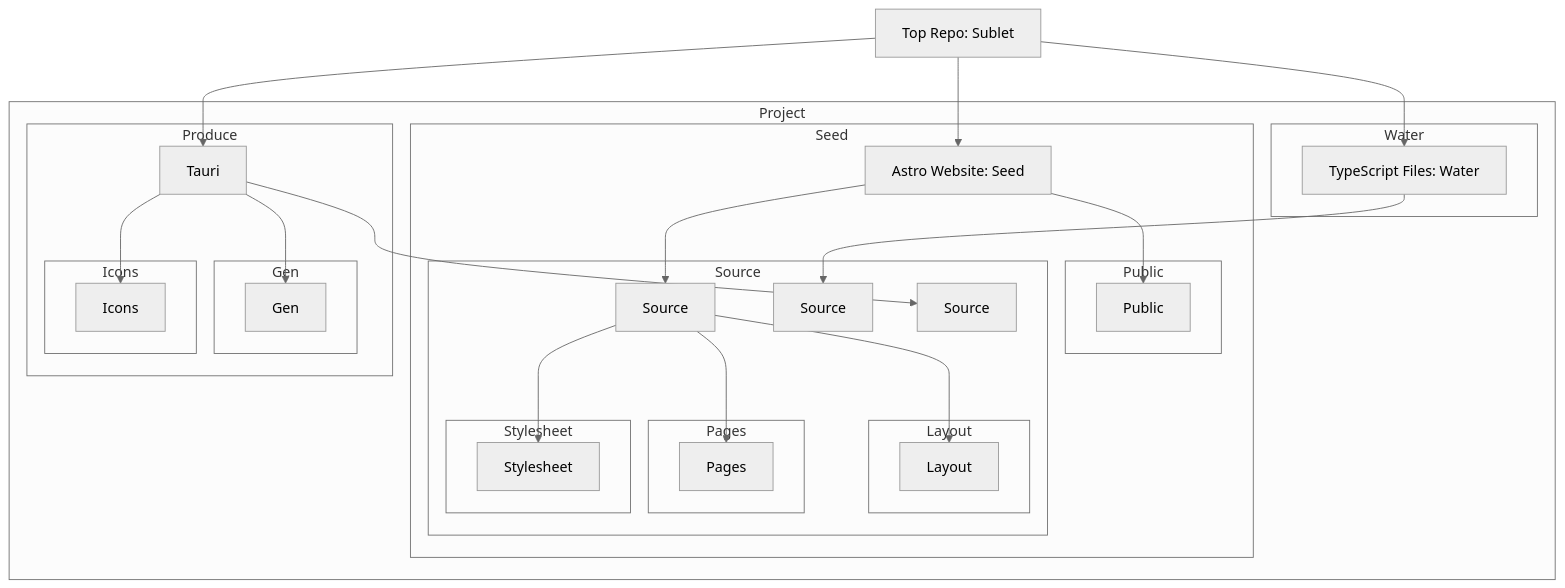
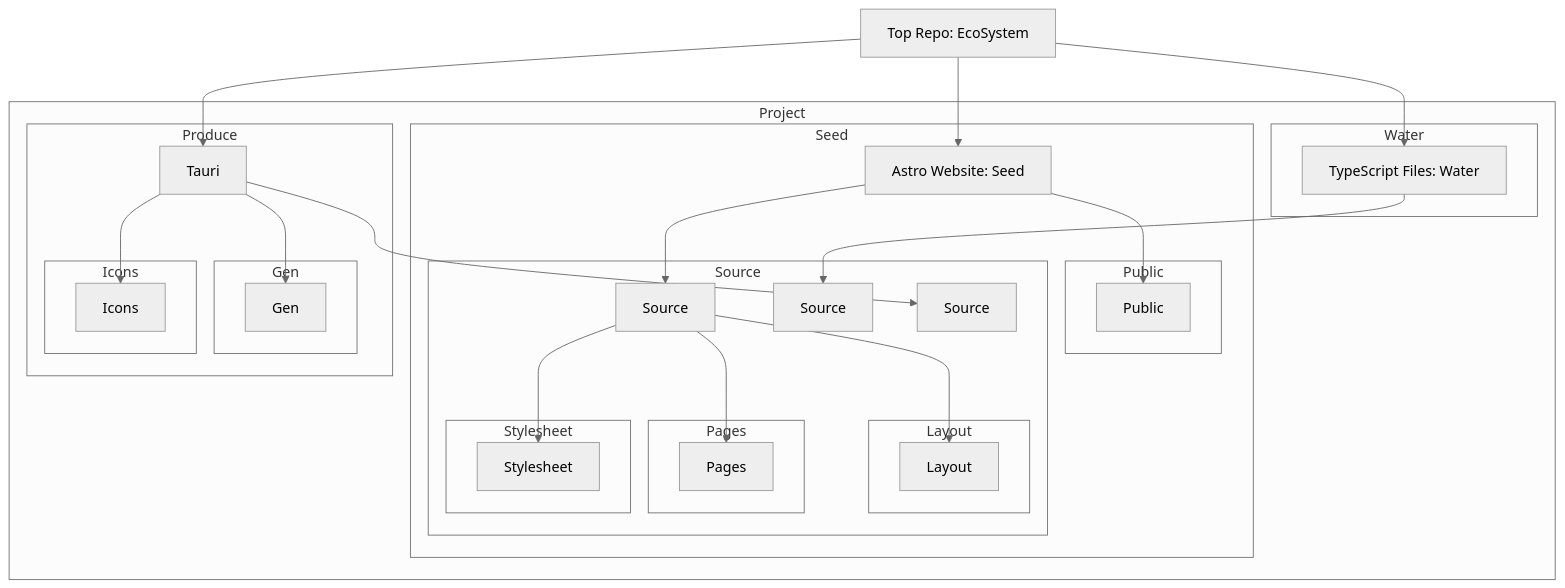
One commit to CodeEditorLand/Land changed the first of 2 diagrams in README.md. Above: the diagram before and after it, drawn with Mermaid (neutral theme). The commit also changed other lines of this file, not shown here.

````diff
--- a/README.md
+++ b/README.md
@@ -29,58 +29,58 @@
 ```mermaid
 graph TD
-    A[Top Repo: Sublet]
+    A[Top Repo: EcoSystem]
 
     subgraph Project
         subgraph Seed
             D[Astro Website: Seed]
             subgraph Public
                 D3[Public]
             end
             subgraph Source
                 D4[Source]
                 subgraph Layout
                     D5[Layout]
                 end
                 subgraph Pages
                     D6[Pages]
                 end
                 subgraph Stylesheet
                     D7[Stylesheet]
                 end
             end
         end
 
         subgraph Water
             F[TypeScript Files: Water]
             subgraph Source
                 F3[Source]
             end
         end
 
         subgraph Produce
             G[Tauri]
             subgraph Gen
                 G3[Gen]
             end
             subgraph Icons
                 G4[Icons]
             end
             subgraph Source
                 G5[Source]
             end
         end
     end
 
     A --> D
     A --> F
     A --> G
     D --> D3
     D --> D4
     D4 --> D5
     D4 --> D6
     D4 --> D7
     F --> F3
     G --> G3
     G --> G4
     G --> G5
 ```
````
